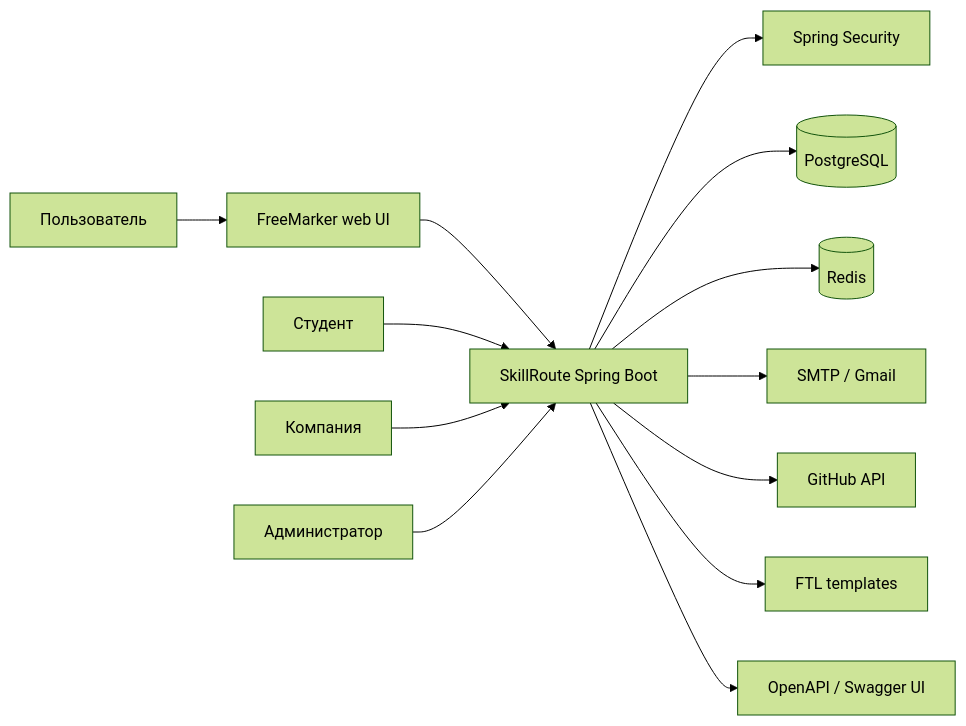
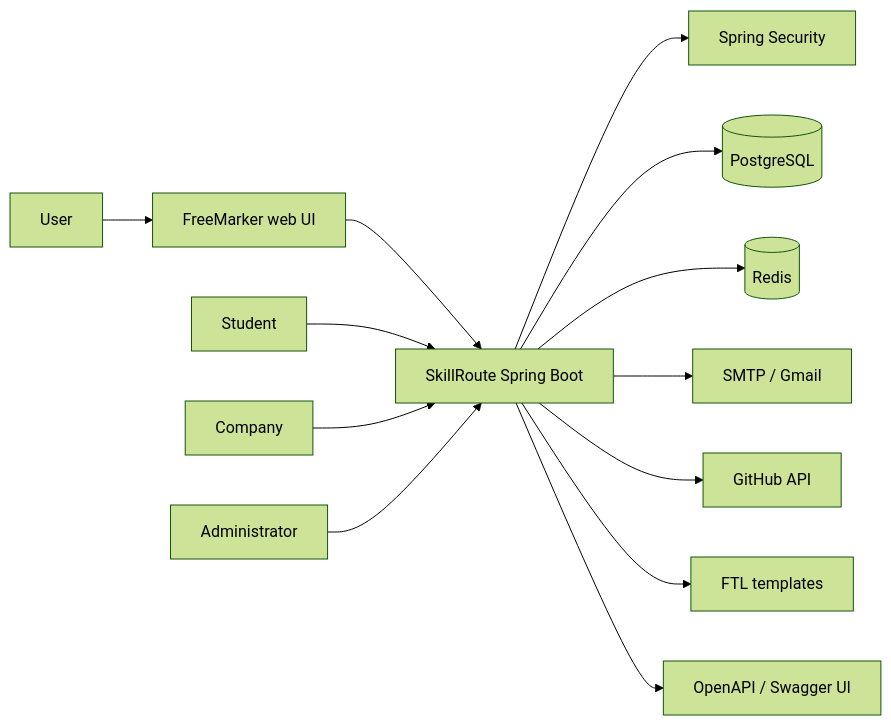
Before and after one commit to Arinkmm/SkillRoute: the diagram in README.md, drawn with Mermaid (forest theme). The commit also changed other lines of this file, not shown here.

````diff
--- a/README.md
+++ b/README.md
@@ -30,18 +30,18 @@
 ```mermaid
 flowchart LR
-    user["Пользователь"] --> web["FreeMarker web UI"]
+    user["User"] --> web["FreeMarker web UI"]
     web --> app["SkillRoute Spring Boot"]
 
     app --> security["Spring Security"]
     app --> postgres[("PostgreSQL")]
     app --> redis[("Redis")]
     app --> mail["SMTP / Gmail"]
     app --> github["GitHub API"]
 
     app --> templates["FTL templates"]
     app --> openapi["OpenAPI / Swagger UI"]
 
-    student["Студент"] --> app
-    company["Компания"] --> app
-    admin["Администратор"] --> app
+    student["Student"] --> app
+    company["Company"] --> app
+    admin["Administrator"] --> app
 ```
````
